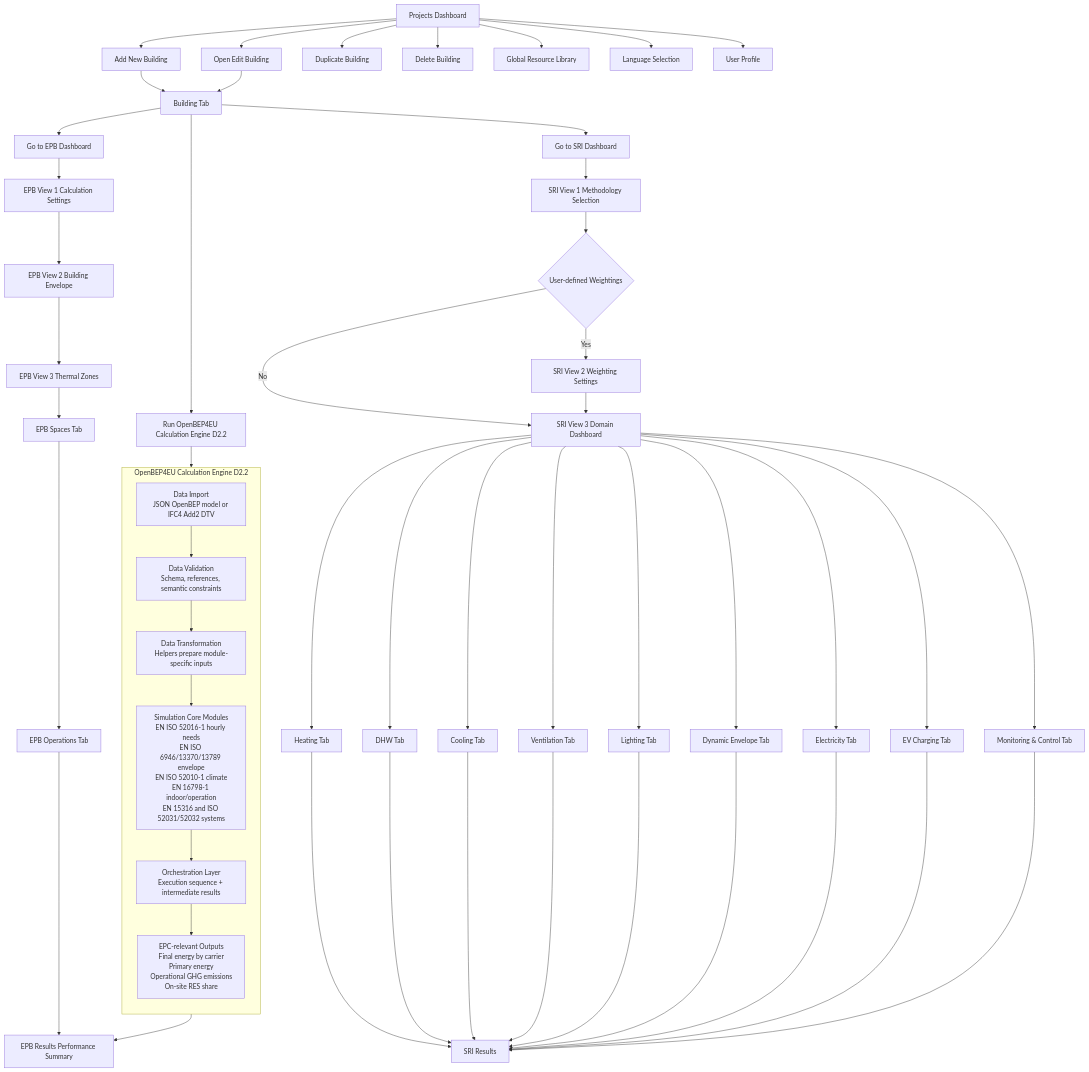
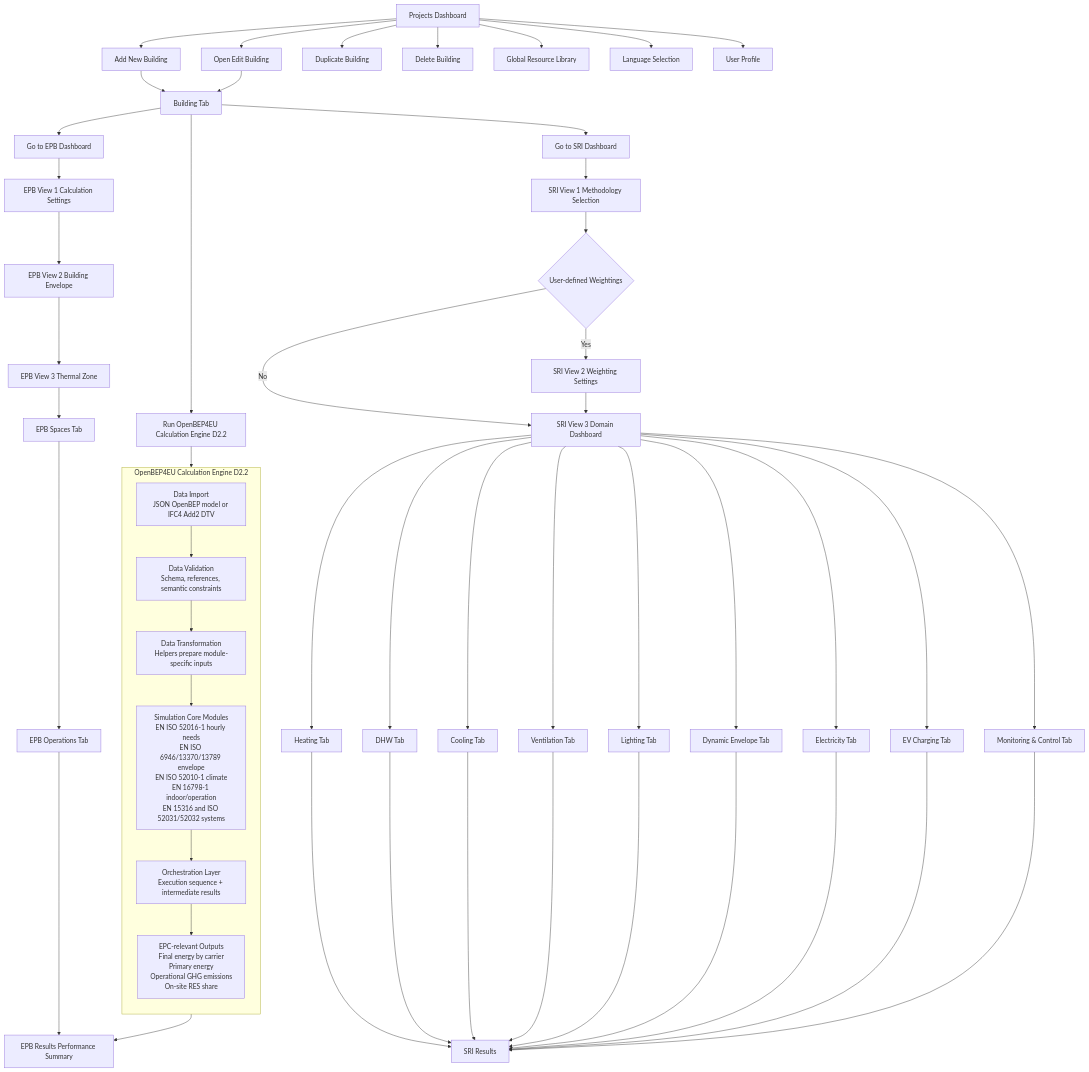
One commit to pantazis/-building-performance-app changed the diagram in plan.mmd. Above: the diagram before and after it, drawn with Mermaid. The commit also changed 14 other files, not shown here.

Commit message:
Refactor EPB3 thermal zones: Remove redundant action descriptions and streamline modal actions

```diff
--- a/plan.mmd
+++ b/plan.mmd
@@ -1,64 +1,64 @@
 flowchart TD
 
 A[Projects Dashboard] --> B[Add New Building]
 A --> C[Open Edit Building]
 A --> D[Duplicate Building]
 A --> E[Delete Building]
 A --> F[Global Resource Library]
 A --> G[Language Selection]
 A --> H[User Profile]
 
 B --> I[Building Tab]
 C --> I
 
 I --> J[Go to EPB Dashboard]
 I --> K[Go to SRI Dashboard]
 
 J --> EPB1[EPB View 1 Calculation Settings]
 EPB1 --> EPB2[EPB View 2 Building Envelope]
-EPB2 --> EPB3[EPB View 3 Thermal Zones]
+EPB2 --> EPB3[EPB View 3 Thermal Zone]
 EPB3 --> EPBSPACES[EPB Spaces Tab]
 EPBSPACES --> EPBOPS[EPB Operations Tab]
 EPBOPS --> EPB4[EPB Results Performance Summary]
 
 K --> SRI1[SRI View 1 Methodology Selection]
 SRI1 --> SRI2{User-defined Weightings}
 SRI2 -->|Yes| SRI3[SRI View 2 Weighting Settings]
 SRI2 -->|No| SRI4[SRI View 3 Domain Dashboard]
 SRI3 --> SRI4
 
 SRI4 --> SRI5[Heating Tab]
 SRI4 --> SRI6[DHW Tab]
 SRI4 --> SRI7[Cooling Tab]
 SRI4 --> SRI8[Ventilation Tab]
 SRI4 --> SRI9[Lighting Tab]
 SRI4 --> SRI10[Dynamic Envelope Tab]
 SRI4 --> SRI11[Electricity Tab]
 SRI4 --> SRI12[EV Charging Tab]
 SRI4 --> SRI13[Monitoring & Control Tab]
 
 SRI5 --> SRI14[SRI Results]
 SRI6 --> SRI14[SRI Results]
 SRI7 --> SRI14[SRI Results]
 SRI8 --> SRI14[SRI Results]
 SRI9 --> SRI14[SRI Results]
 SRI10 --> SRI14[SRI Results]
 SRI11 --> SRI14[SRI Results]
 SRI12 --> SRI14[SRI Results]
 SRI13 --> SRI14[SRI Results]
 
 %% D2.2 Advanced EU Kernel EPC Engine integration
 I --> CE0[Run OpenBEP4EU Calculation Engine D2.2]
 
 subgraph CE[OpenBEP4EU Calculation Engine D2.2]
 direction TB
 CE1[Data Import\nJSON OpenBEP model or IFC4 Add2 DTV]
 CE2[Data Validation\nSchema, references, semantic constraints]
 CE3[Data Transformation\nHelpers prepare module-specific inputs]
 CE4[Simulation Core Modules\nEN ISO 52016-1 hourly needs\nEN ISO 6946/13370/13789 envelope\nEN ISO 52010-1 climate\nEN 16798-1 indoor/operation\nEN 15316 and ISO 52031/52032 systems]
 CE5[Orchestration Layer\nExecution sequence + intermediate results]
 CE6[EPC-relevant Outputs\nFinal energy by carrier\nPrimary energy\nOperational GHG emissions\nOn-site RES share]
 end
 
 CE0 --> CE1 --> CE2 --> CE3 --> CE4 --> CE5 --> CE6
 CE6 --> EPB4
```
